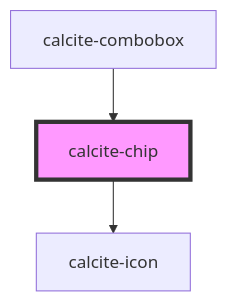
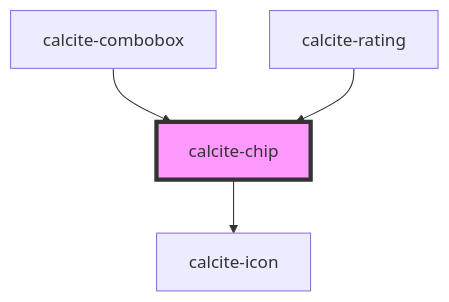
One commit to vikivakarvc/calcite-design-system changed the diagram in src/components/calcite-chip/readme.md. Above: the diagram before and after it, drawn with Mermaid. The commit also changed other lines of this file and 31 other files, not shown here.

````diff
--- a/src/components/calcite-chip/readme.md
+++ b/src/components/calcite-chip/readme.md
@@ -35,6 +38,7 @@
 ```mermaid
 graph TD;
   calcite-chip --> calcite-icon
   calcite-combobox --> calcite-chip
+  calcite-rating --> calcite-chip
   style calcite-chip fill:#f9f,stroke:#333,stroke-width:4px
 ```
````
